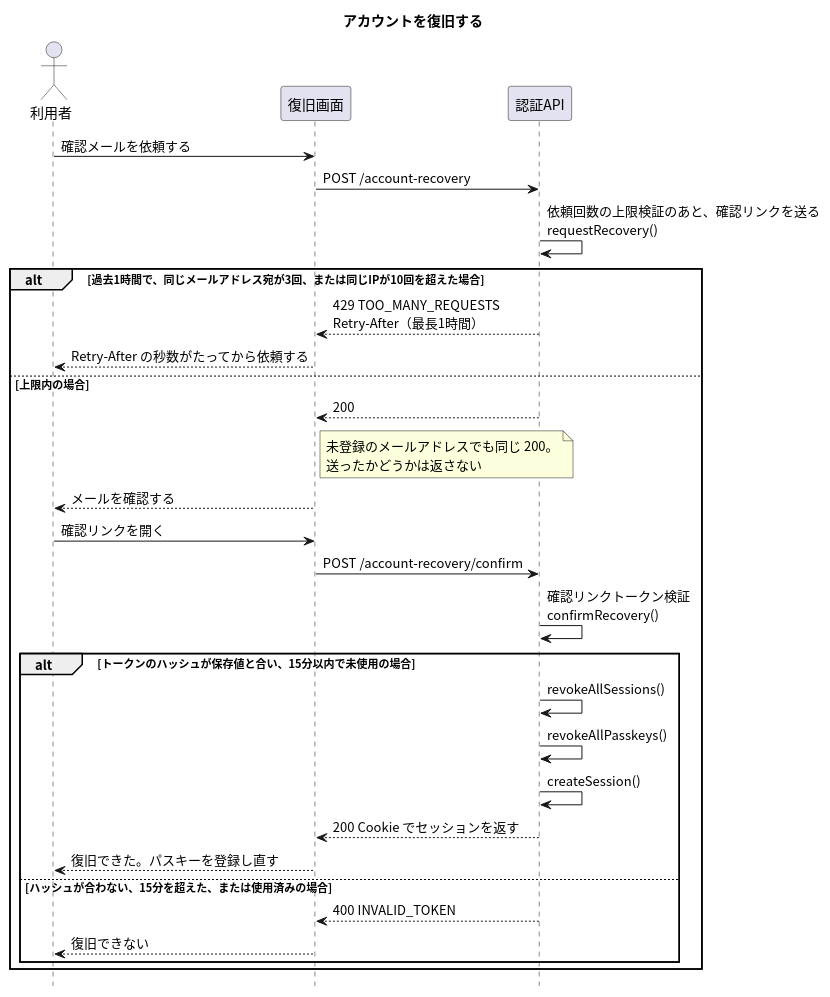
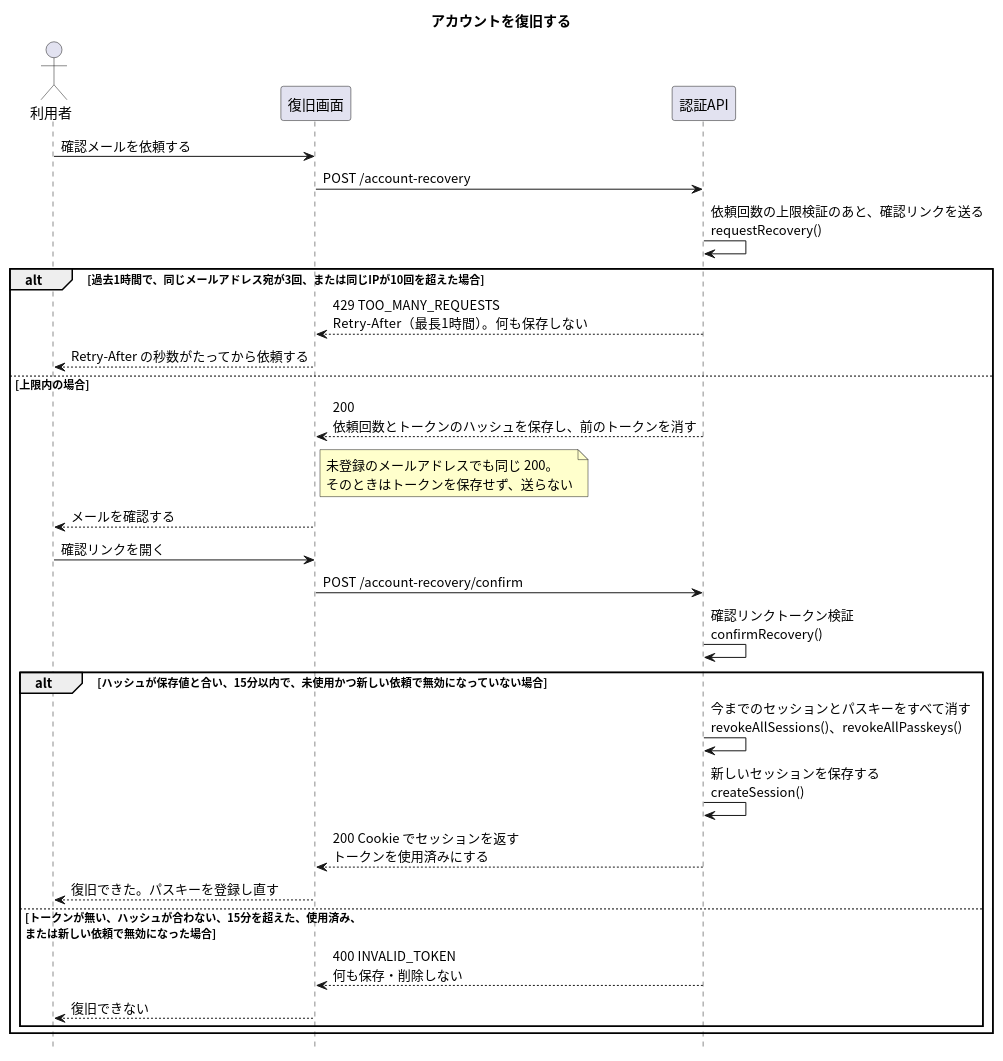
One commit to masamasamasato/design-doc-template changed the diagram in apis/recover-account/入口.puml. Above: the diagram before and after it, drawn with PlantUML. The commit also changed 63 other files, not shown here.

```diff
--- a/apis/recover-account/入口.puml
+++ b/apis/recover-account/入口.puml
@@ -1,37 +1,37 @@
 @startuml
 skinparam shadowing false
 skinparam defaultFontName "Noto Sans CJK JP"
 skinparam SequenceFontName "Noto Sans CJK JP"
+skinparam NoteBackgroundColor #FFFFCC
 hide footbox
 
 title アカウントを復旧する
 
 actor "利用者" as User
 participant "復旧画面" as Screen
 participant "認証API" as API
 
 User -> Screen : 確認メールを依頼する
 Screen -> API : POST /account-recovery
 API -> API : 依頼回数の上限検証のあと、確認リンクを送る\nrequestRecovery()
 alt 過去1時間で、同じメールアドレス宛が3回、または同じIPが10回を超えた場合
-  API --> Screen : 429 TOO_MANY_REQUESTS\nRetry-After（最長1時間）
+  API --> Screen : 429 TOO_MANY_REQUESTS\nRetry-After（最長1時間）。何も保存しない
   Screen --> User : Retry-After の秒数がたってから依頼する
 else 上限内の場合
-  API --> Screen : 200
-  note right of Screen : 未登録のメールアドレスでも同じ 200。\n送ったかどうかは返さない
+  API --> Screen : 200\n依頼回数とトークンのハッシュを保存し、前のトークンを消す
+  note right of Screen : 未登録のメールアドレスでも同じ 200。\nそのときはトークンを保存せず、送らない
   Screen --> User : メールを確認する
   User -> Screen : 確認リンクを開く
   Screen -> API : POST /account-recovery/confirm
   API -> API : 確認リンクトークン検証\nconfirmRecovery()
-  alt トークンのハッシュが保存値と合い、15分以内で未使用の場合
-    API -> API : revokeAllSessions()
-    API -> API : revokeAllPasskeys()
-    API -> API : createSession()
-    API --> Screen : 200 Cookie でセッションを返す
+  alt ハッシュが保存値と合い、15分以内で、未使用かつ新しい依頼で無効になっていない場合
+    API -> API : 今までのセッションとパスキーをすべて消す\nrevokeAllSessions()、revokeAllPasskeys()
+    API -> API : 新しいセッションを保存する\ncreateSession()
+    API --> Screen : 200 Cookie でセッションを返す\nトークンを使用済みにする
     Screen --> User : 復旧できた。パスキーを登録し直す
-  else ハッシュが合わない、15分を超えた、または使用済みの場合
-    API --> Screen : 400 INVALID_TOKEN
+  else トークンが無い、ハッシュが合わない、15分を超えた、使用済み、\nまたは新しい依頼で無効になった場合
+    API --> Screen : 400 INVALID_TOKEN\n何も保存・削除しない
     Screen --> User : 復旧できない
   end
 end
 @enduml
```
